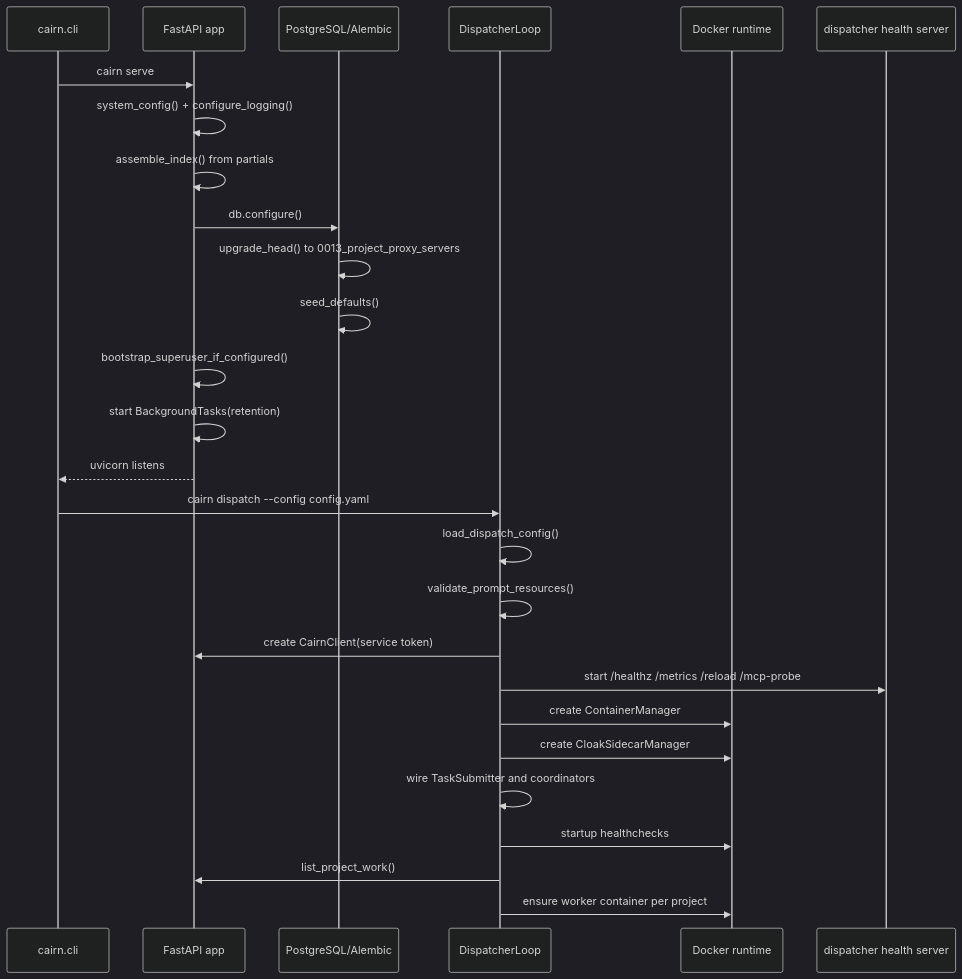
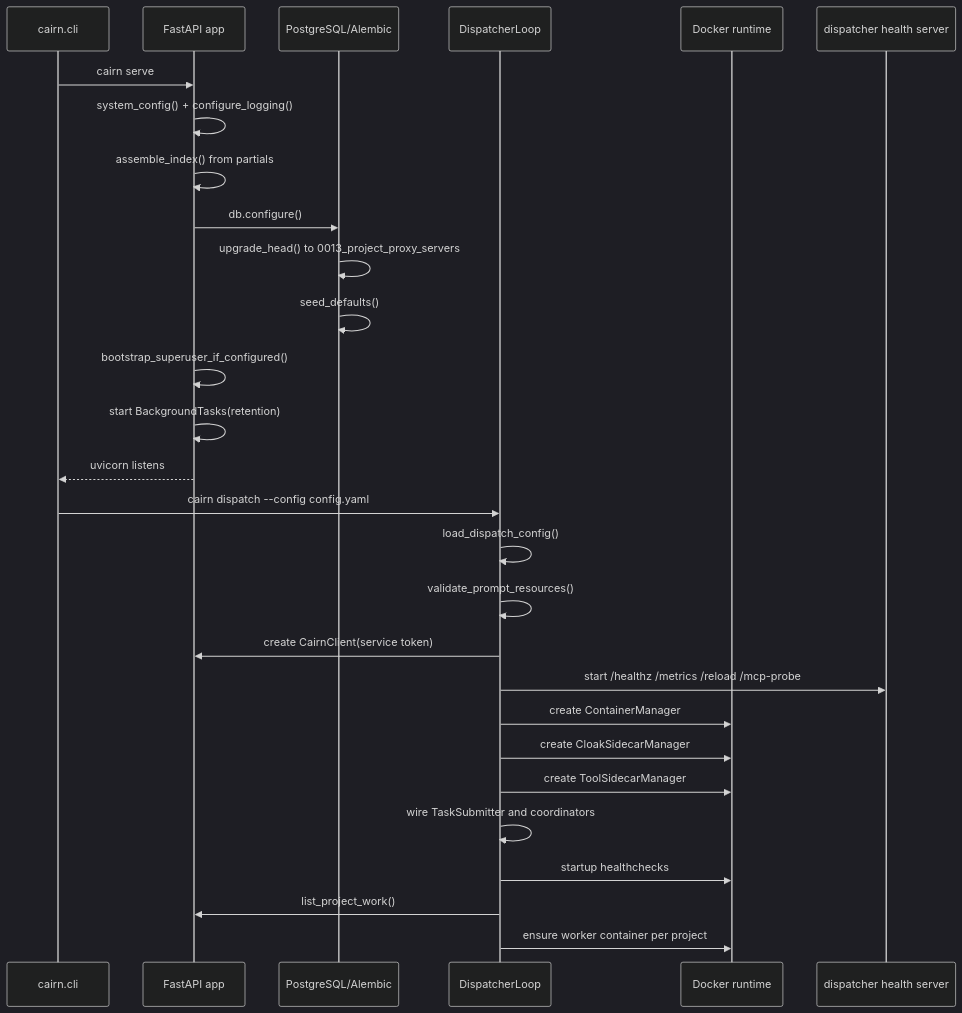
The second of 4 diagrams in AI/ARCHITECTURE.md (j7ur8/Cairn), drawn with Mermaid (dark theme) before and after one commit. The commit also changed other lines of this file and 15 other files, not shown here.

````diff
--- a/AI/ARCHITECTURE.md
+++ b/AI/ARCHITECTURE.md
@@ -90,31 +97,32 @@
 ```mermaid
 sequenceDiagram
     participant CLI as cairn.cli
     participant Server as FastAPI app
     participant DB as PostgreSQL/Alembic
     participant Dispatcher as DispatcherLoop
     participant Docker as Docker runtime
     participant Health as dispatcher health server
 
     CLI->>Server: cairn serve
     Server->>Server: system_config() + configure_logging()
     Server->>Server: assemble_index() from partials
     Server->>DB: db.configure()
     DB->>DB: upgrade_head() to 0013_project_proxy_servers
     DB->>DB: seed_defaults()
     Server->>Server: bootstrap_superuser_if_configured()
     Server->>Server: start BackgroundTasks(retention)
     Server-->>CLI: uvicorn listens
 
     CLI->>Dispatcher: cairn dispatch --config config.yaml
     Dispatcher->>Dispatcher: load_dispatch_config()
     Dispatcher->>Dispatcher: validate_prompt_resources()
     Dispatcher->>Server: create CairnClient(service token)
     Dispatcher->>Health: start /healthz /metrics /reload /mcp-probe
     Dispatcher->>Docker: create ContainerManager
     Dispatcher->>Docker: create CloakSidecarManager
+    Dispatcher->>Docker: create ToolSidecarManager
     Dispatcher->>Dispatcher: wire TaskSubmitter and coordinators
     Dispatcher->>Docker: startup healthchecks
     Dispatcher->>Server: list_project_work()
     Dispatcher->>Docker: ensure worker container per project
 ```
````
